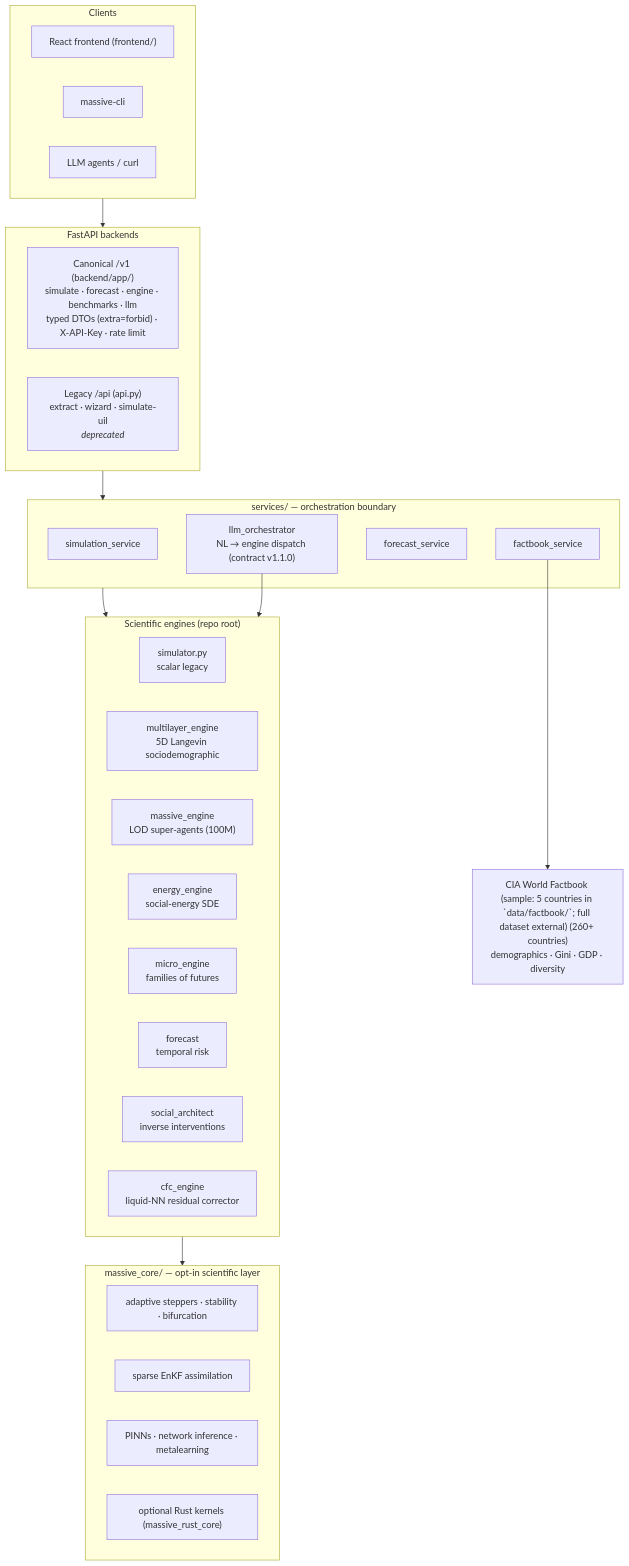
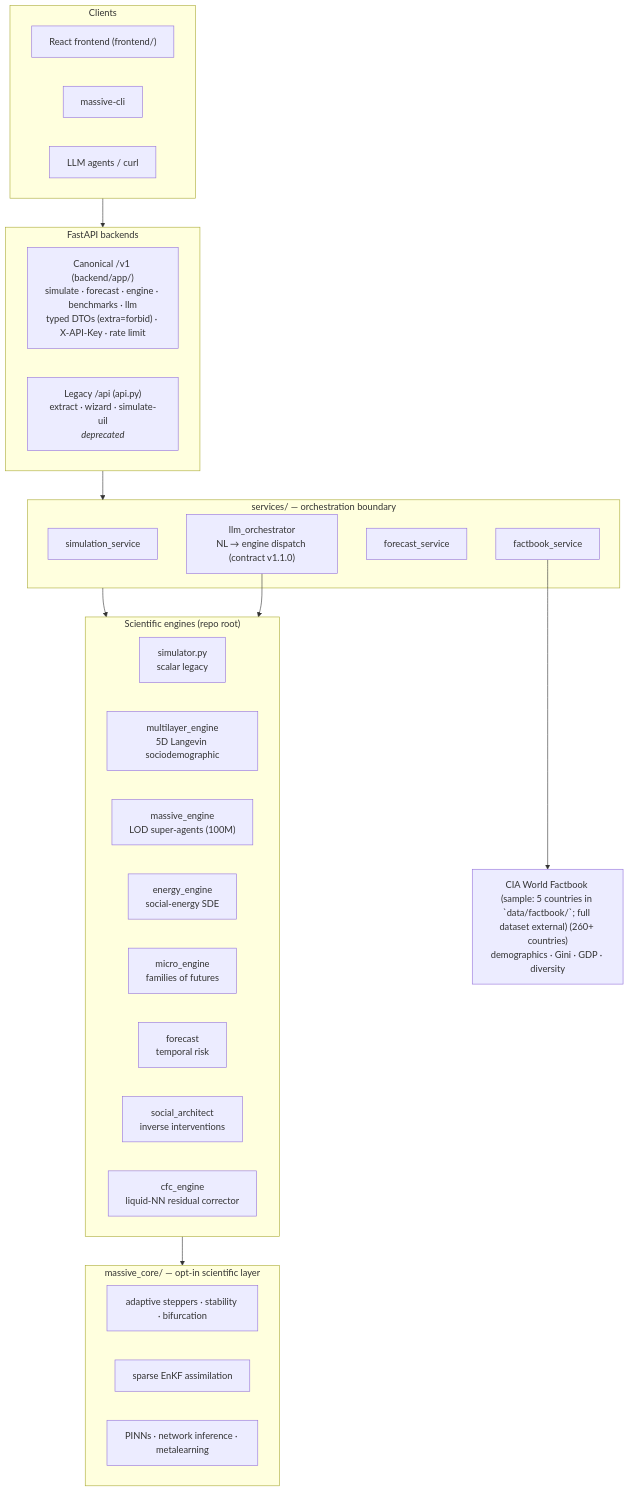
One commit to Adlgr87/MASSIVE changed the diagram in README.md. Above: the diagram before and after it, drawn with Mermaid. The commit also changed other lines of this file and 25 other files, not shown here.

````diff
--- a/README.md
+++ b/README.md
@@ -106,45 +105,44 @@
 ```mermaid
 flowchart TB
     subgraph Clients
         FE["React frontend (frontend/)"]
         CLI["massive-cli"]
         AG["LLM agents / curl"]
     end
 
     subgraph API["FastAPI backends"]
         V1["Canonical /v1 (backend/app/)<br/>simulate · forecast · engine · benchmarks · llm<br/>typed DTOs (extra=forbid) · X-API-Key · rate limit"]
         LEG["Legacy /api (api.py)<br/>extract · wizard · simulate-uil<br/><em>deprecated</em>"]
     end
 
     subgraph Services["services/ — orchestration boundary"]
         ORCH["llm_orchestrator<br/>NL → engine dispatch (contract v1.1.0)"]
         SIM["simulation_service"]
         FOR["forecast_service"]
         FB["factbook_service"]
     end
 
     subgraph Engines["Scientific engines (repo root)"]
         direction LR
         E1["simulator.py<br/>scalar legacy"]
         E2["multilayer_engine<br/>5D Langevin sociodemographic"]
         E3["massive_engine<br/>LOD super-agents (100M)"]
         E4["energy_engine<br/>social-energy SDE"]
         E5["micro_engine<br/>families of futures"]
         E6["forecast<br/>temporal risk"]
         E7["social_architect<br/>inverse interventions"]
         E8["cfc_engine<br/>liquid-NN residual corrector"]
     end
 
     subgraph Core["massive_core/ — opt-in scientific layer"]
         C1["adaptive steppers · stability · bifurcation"]
         C2["sparse EnKF assimilation"]
         C3["PINNs · network inference · metalearning"]
-        C4["optional Rust kernels (massive_rust_core)"]
     end
 
     DATA["CIA World Factbook (sample: 5 countries in `data/factbook/`; full dataset external) (260+ countries)<br/>demographics · Gini · GDP · diversity"]
 
     Clients --> API --> Services --> Engines --> Core
     FB --> DATA
     ORCH --> Engines
 ```
````
